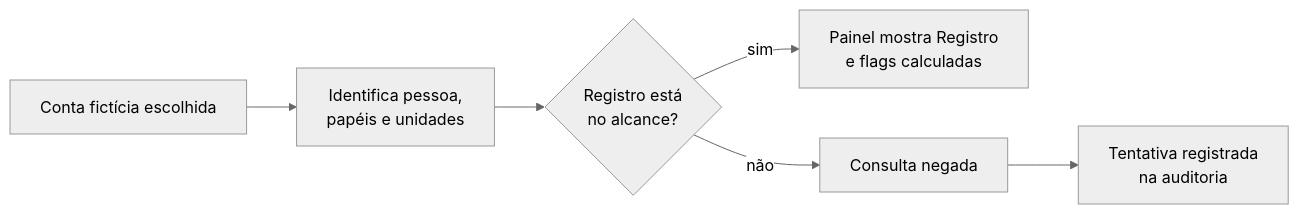
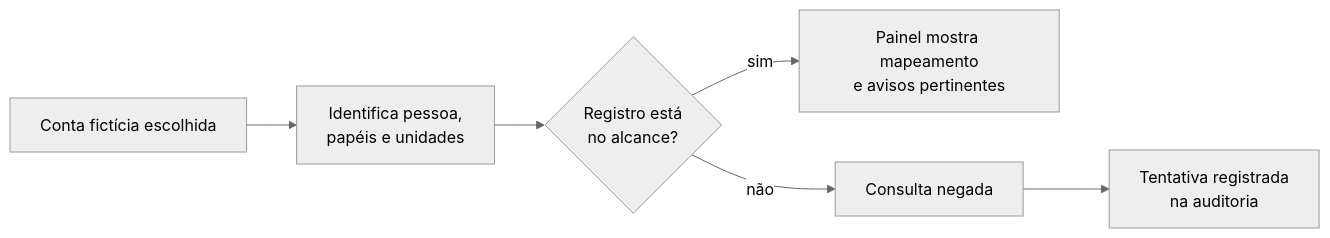
Before and after one commit to ailtonfv/governanca-lgpd-hortolandia: diagram 29 of 35 in README.md, drawn with Mermaid (neutral theme). The commit also changed other lines of this file and 9 other files, not shown here.

````diff
--- a/README.md
+++ b/README.md
@@ -1043,8 +1045,8 @@
 ```mermaid
 flowchart LR
     A["Conta fictícia escolhida"] --> I["Identifica pessoa,<br/>papéis e unidades"]
     I --> E{"Registro está<br/>no alcance?"}
-    E -- "sim" --> P["Painel mostra Registro<br/>e flags calculadas"]
+    E -- "sim" --> P["Painel mostra mapeamento<br/>e avisos pertinentes"]
     E -- "não" --> N["Consulta negada"]
     N --> U["Tentativa registrada<br/>na auditoria"]
 ```
````
